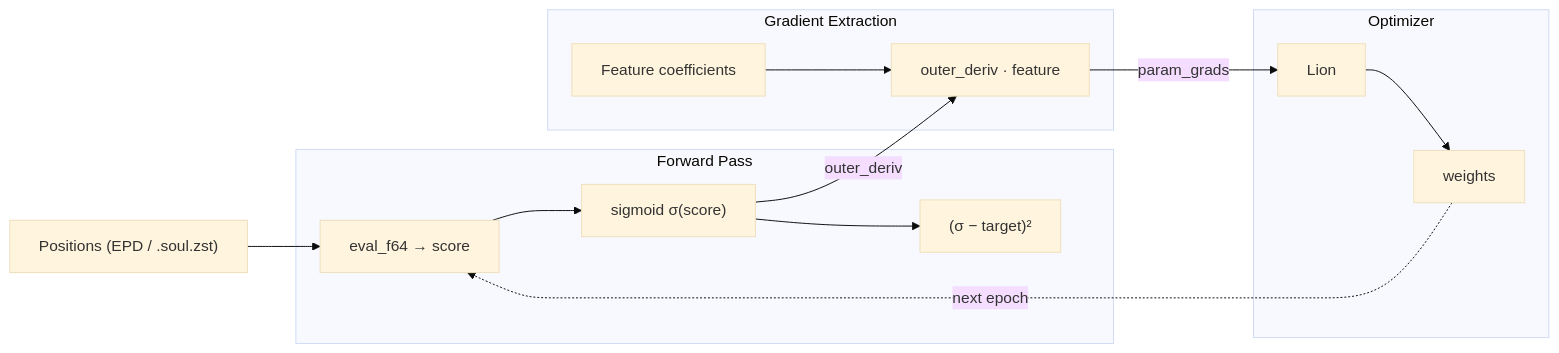
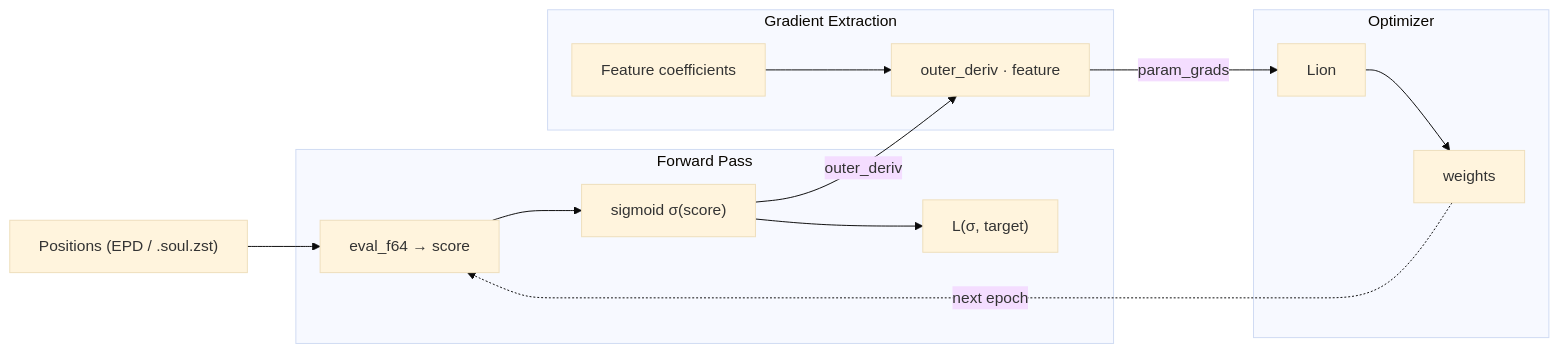
One commit to Aethdv/Soul changed the first of 2 diagrams in tuner/EVAL_TUNER.md. Above: the diagram before and after it, drawn with Mermaid (base theme). The commit also changed other lines of this file and 117 other files, not shown here.

````diff
--- a/tuner/EVAL_TUNER.md
+++ b/tuner/EVAL_TUNER.md
@@ -35,20 +44,20 @@
 ```mermaid
 flowchart LR
     EPD["Positions (EPD / .soul.zst)"] --> EF64
 
     subgraph Forward ["Forward Pass"]
-        EF64["eval_f64 → score"] --> SIG["sigmoid σ(score)"] --> LOSS["(σ − target)²"]
+        EF64["eval_f64 → score"] --> SIG["sigmoid σ(score)"] --> LOSS["L(σ, target)"]
     end
 
     subgraph Grad ["Gradient Extraction"]
         FEAT["Feature coefficients"] --> CHAIN["outer_deriv · feature"]
     end
 
     subgraph Optim ["Optimizer"]
         LION["Lion"] --> W["weights"]
     end
 
     SIG -- "outer_deriv" --> CHAIN
     CHAIN -- "param_grads" --> LION
     W -. "next epoch" .-> EF64
 ```
````
